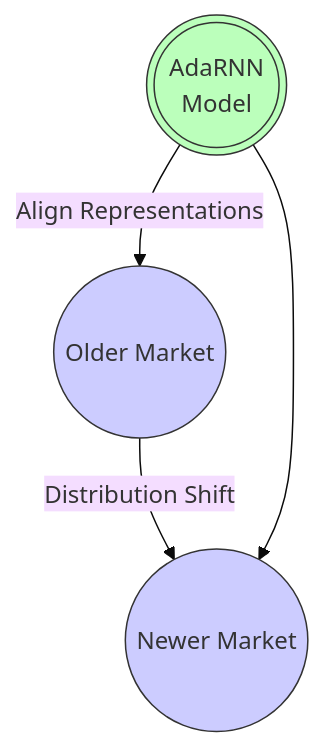
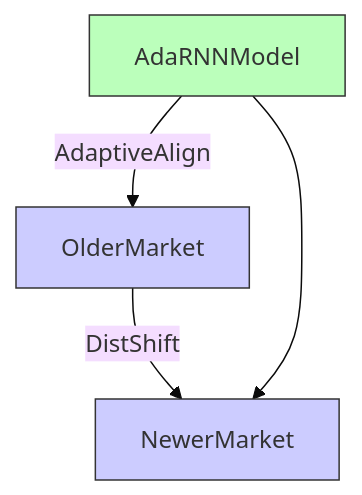
Before and after one commit to nicolad/vadim.blog: the second of 5 diagrams in blog/qlib-ai-quant-workflow-adarnn/index.md, drawn with Mermaid (base theme). The commit also changed other lines of this file, not shown here.

````diff
--- a/blog/qlib-ai-quant-workflow-adarnn/index.md
+++ b/blog/qlib-ai-quant-workflow-adarnn/index.md
@@ -65,9 +66,9 @@
 ```mermaid
 flowchart TD
-    S((Older Market)) -->|Distribution Shift| T((Newer Market))
-    C(((AdaRNN <br> Model))) -->|Align Representations| S
+    S[OlderMarket] -->|DistShift| T[NewerMarket]
+    C[AdaRNNModel] -->|AdaptiveAlign| S
     C --> T
     style S fill:#ccf,stroke:#333,stroke-width:1px
     style T fill:#ccf,stroke:#333,stroke-width:1px
     style C fill:#bfb,stroke:#333,stroke-width:1px
 ```
````
